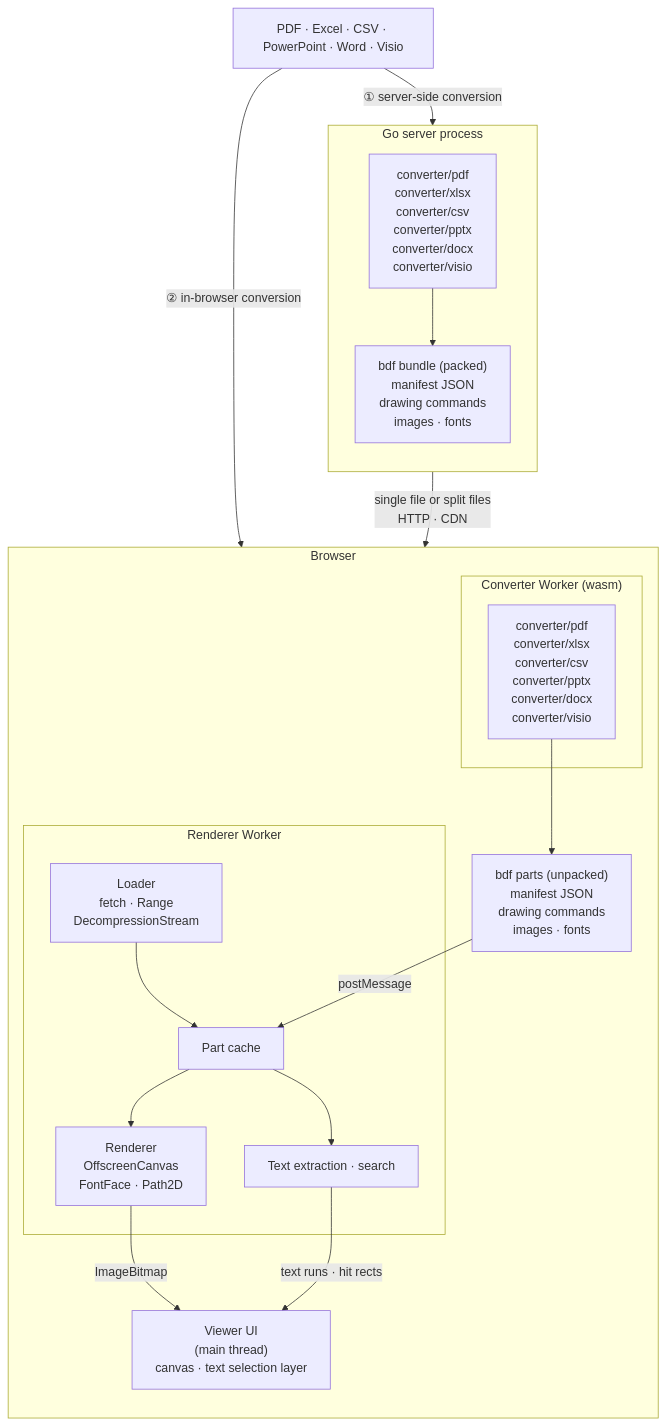
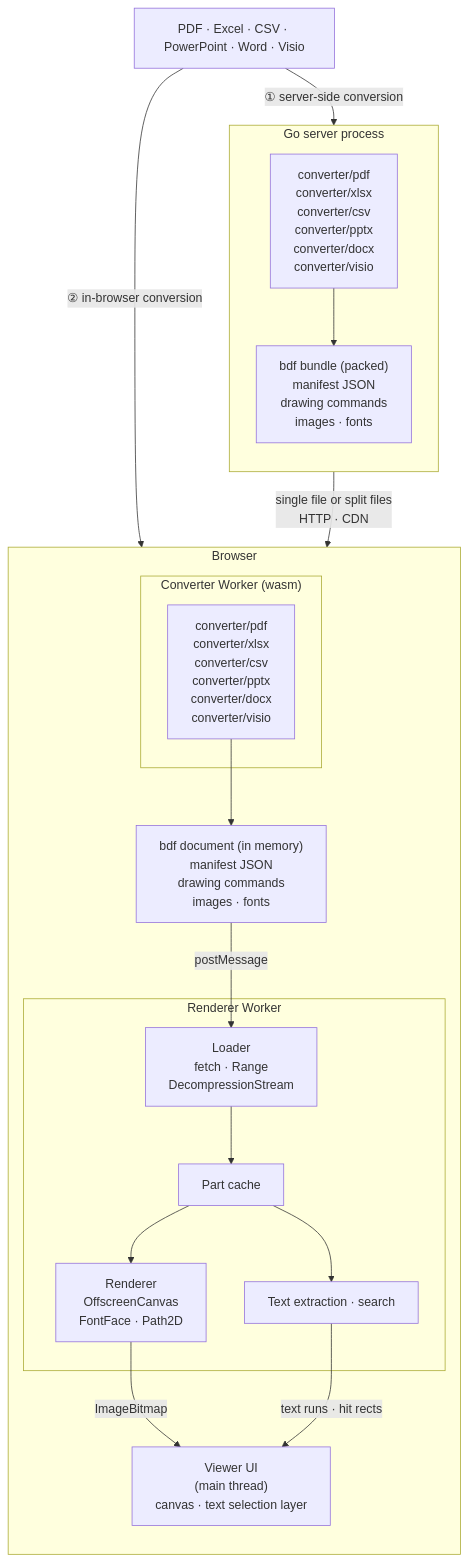
Before and after one commit to shibukawa/bdf: the diagram in README.md, drawn with Mermaid. The commit also changed other lines of this file and 38 other files, not shown here.

````diff
--- a/README.md
+++ b/README.md
@@ -11,37 +13,37 @@
 ```mermaid
 flowchart TB
     SRC["PDF · Excel · CSV · PowerPoint · Word · Visio"]
 
     subgraph SERVER["Go server process"]
         direction TB
         SCONV["converter/pdf<br/>converter/xlsx<br/>converter/csv<br/>converter/pptx<br/>converter/docx<br/>converter/visio"]
         BUNDLE["bdf bundle (packed)<br/>manifest JSON<br/>drawing commands<br/>images · fonts"]
         SCONV --> BUNDLE
     end
 
     subgraph BROWSER["Browser"]
         direction TB
         subgraph CWORKER["Converter Worker (wasm)"]
             WCONV["converter/pdf<br/>converter/xlsx<br/>converter/csv<br/>converter/pptx<br/>converter/docx<br/>converter/visio"]
         end
-        PARTS["bdf parts (unpacked)<br/>manifest JSON<br/>drawing commands<br/>images · fonts"]
+        PARTS["bdf document (in memory)<br/>manifest JSON<br/>drawing commands<br/>images · fonts"]
         subgraph RWORKER["Renderer Worker"]
             LOADER["Loader<br/>fetch · Range<br/>DecompressionStream"]
             STORE["Part cache"]
             RENDER["Renderer<br/>OffscreenCanvas<br/>FontFace · Path2D"]
             TEXT["Text extraction · search"]
             LOADER --> STORE
             STORE --> RENDER
             STORE --> TEXT
         end
         UI["Viewer UI<br/>(main thread)<br/>canvas · text selection layer"]
         WCONV --> PARTS
     end
 
     SRC -- "① server-side conversion" --> SCONV
     SRC -- "② in-browser conversion" --> WCONV
     BUNDLE -- "single file or split files<br/>HTTP · CDN" --> LOADER
-    PARTS -- "postMessage" --> STORE
+    PARTS -- "postMessage" --> LOADER
     RENDER -- "ImageBitmap" --> UI
     TEXT -- "text runs · hit rects" --> UI
 ```
````
